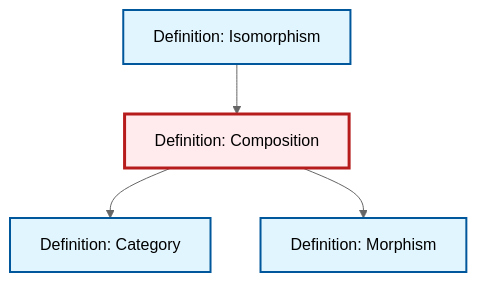
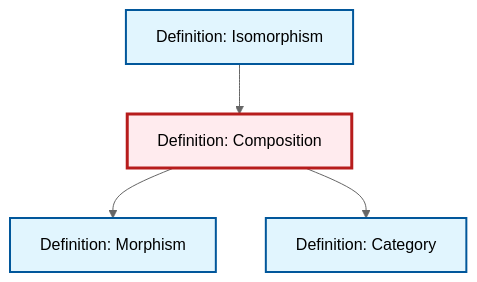
Before and after one commit to RK0429/ModernMath: the diagram in content/en/category-theory/def-composition.qmd, drawn with Mermaid (neutral theme). The commit also changed other lines of this file and 531 other files, not shown here.

````diff
--- a/content/en/category-theory/def-composition.qmd
+++ b/content/en/category-theory/def-composition.qmd
@@ -92,20 +92,20 @@
 ```{mermaid}
 %%| fig-cap: "Local dependency graph"
 graph TD
     classDef definition fill:#e1f5fe,stroke:#01579b,stroke-width:2px
     classDef theorem fill:#f3e5f5,stroke:#4a148c,stroke-width:2px
     classDef axiom fill:#fff3e0,stroke:#e65100,stroke-width:2px
     classDef example fill:#e8f5e9,stroke:#1b5e20,stroke-width:2px
     classDef current fill:#ffebee,stroke:#b71c1c,stroke-width:3px
-    def-composition["Definition: Composition"]:::definition
     def-morphism["Definition: Morphism"]:::definition
     def-isomorphism["Definition: Isomorphism"]:::definition
+    def-composition["Definition: Composition"]:::definition
     def-category["Definition: Category"]:::definition
+    def-composition --> def-morphism
+    def-isomorphism --> def-composition
     def-composition --> def-category
-    def-isomorphism --> def-composition
-    def-composition --> def-morphism
     class def-composition current
     click def-morphism "def-morphism.html" "Go to Morphism definition"
     click def-isomorphism "def-isomorphism.html" "Go to Isomorphism definition"
     click def-category "def-category.html" "Go to Category definition"
 ```
````
